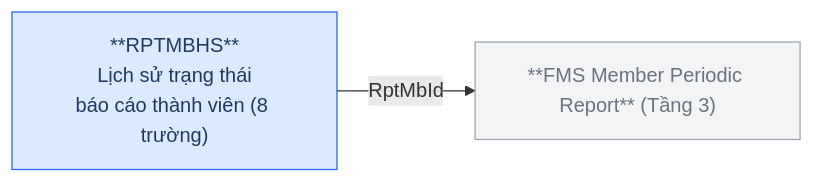
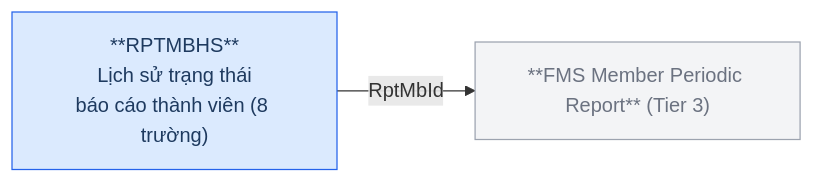
One commit to linhlvit/ubck_atomic_design changed the third of 7 diagrams in Silver/hld/FMS_HLD_Tier4.md. Above: the diagram before and after it, drawn with Mermaid. The commit also changed other lines of this file and 111 other files, not shown here.

````diff
--- a/Silver/hld/FMS_HLD_Tier4.md
+++ b/Silver/hld/FMS_HLD_Tier4.md
@@ -71,10 +66,10 @@
 ```mermaid
 graph LR
     classDef src fill:#dbeafe,stroke:#2563eb,color:#1e3a5f
     classDef ref fill:#f3f4f6,stroke:#9ca3af,color:#6b7280
 
-    RPTMEMBER["**FMS Member Periodic Report** (Tầng 3)"]:::ref
+    RPTMEMBER["**FMS Member Periodic Report** (Tier 3)"]:::ref
     RPTMBHS["**RPTMBHS**\nLịch sử trạng thái\nbáo cáo thành viên (8 trường)"]:::src
 
     RPTMBHS -->|RptMbId| RPTMEMBER
 ```
````
